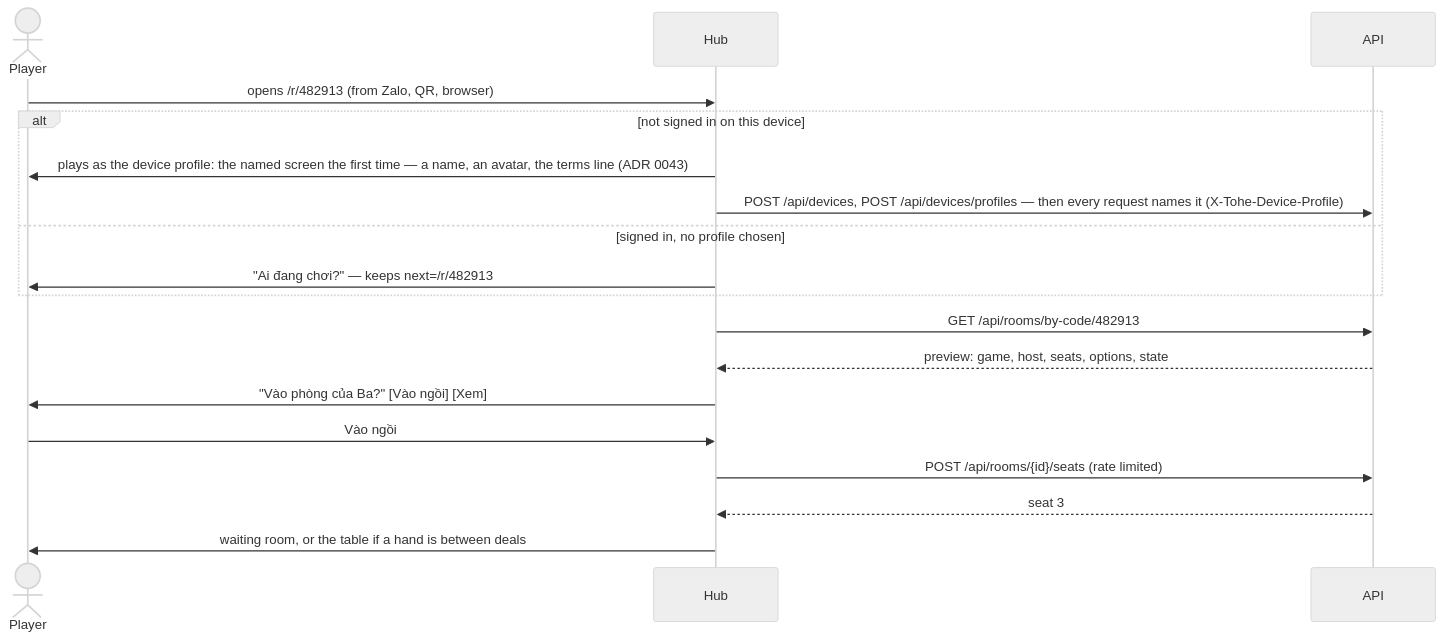
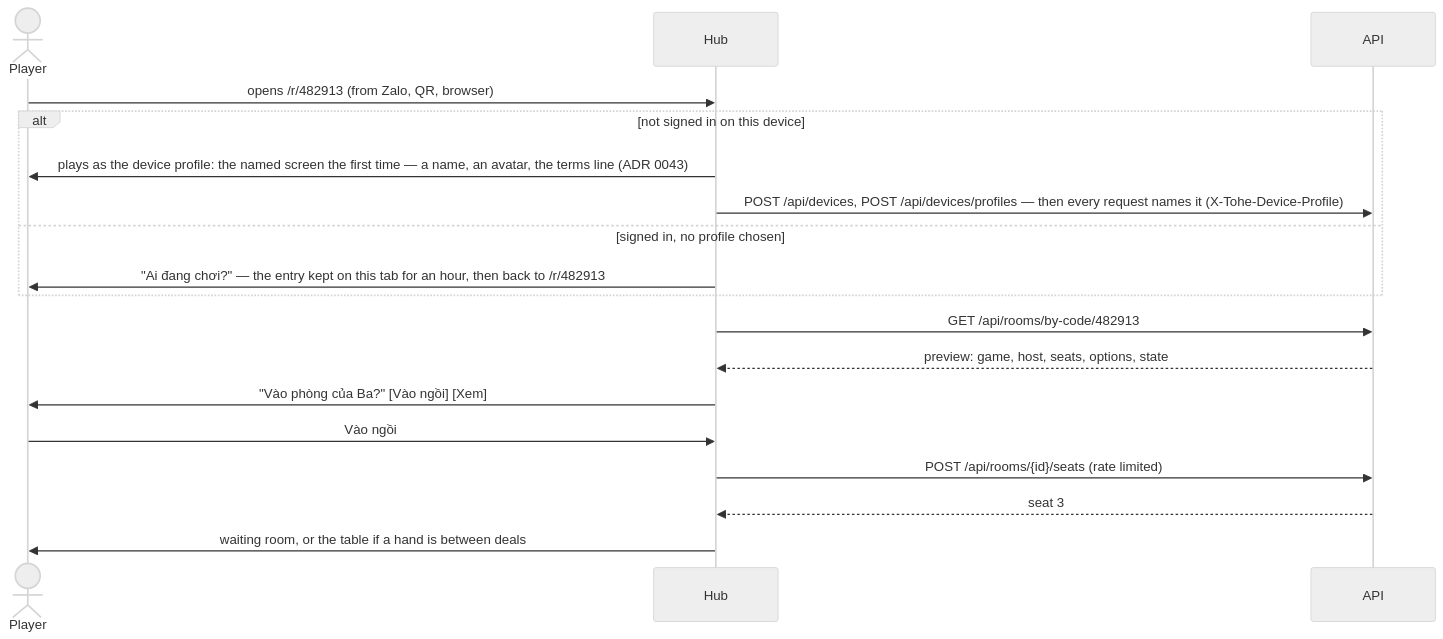
One commit to vinh466/tohe-play changed the second of 3 diagrams in docs/architecture/rooms.md. Above: the diagram before and after it, drawn with Mermaid (neutral theme). The commit also changed other lines of this file and 35 other files, not shown here.

````diff
--- a/docs/architecture/rooms.md
+++ b/docs/architecture/rooms.md
@@ -128,21 +130,21 @@
 ```mermaid
 sequenceDiagram
   actor P as Player
   participant H as Hub
   participant API
 
   P->>H: opens /r/482913 (from Zalo, QR, browser)
   alt not signed in on this device
     H->>P: plays as the device profile: the named screen the first time — a name, an avatar, the terms line (ADR 0043)
     H->>API: POST /api/devices, POST /api/devices/profiles — then every request names it (X-Tohe-Device-Profile)
   else signed in, no profile chosen
-    H->>P: "Ai đang chơi?" — keeps next=/r/482913
+    H->>P: "Ai đang chơi?" — the entry kept on this tab for an hour, then back to /r/482913
   end
   H->>API: GET /api/rooms/by-code/482913
   API-->>H: preview: game, host, seats, options, state
   H->>P: "Vào phòng của Ba?" [Vào ngồi] [Xem]
   P->>H: Vào ngồi
   H->>API: POST /api/rooms/{id}/seats (rate limited)
   API-->>H: seat 3
   H->>P: waiting room, or the table if a hand is between deals
 ```
````
